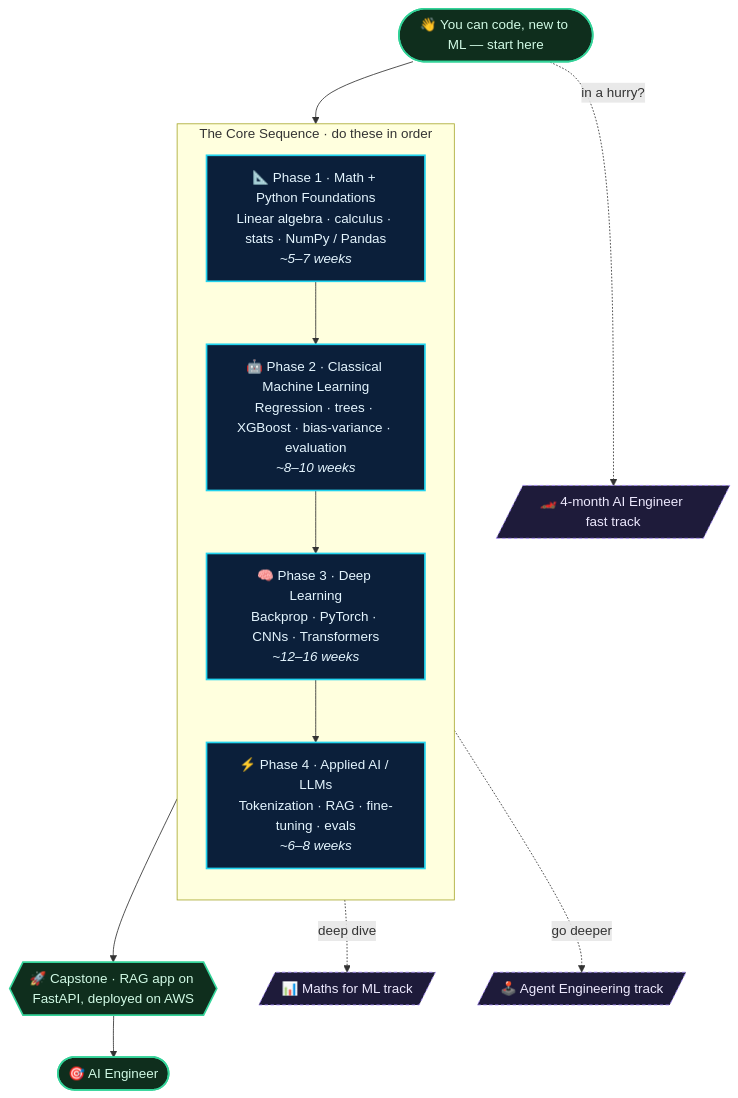
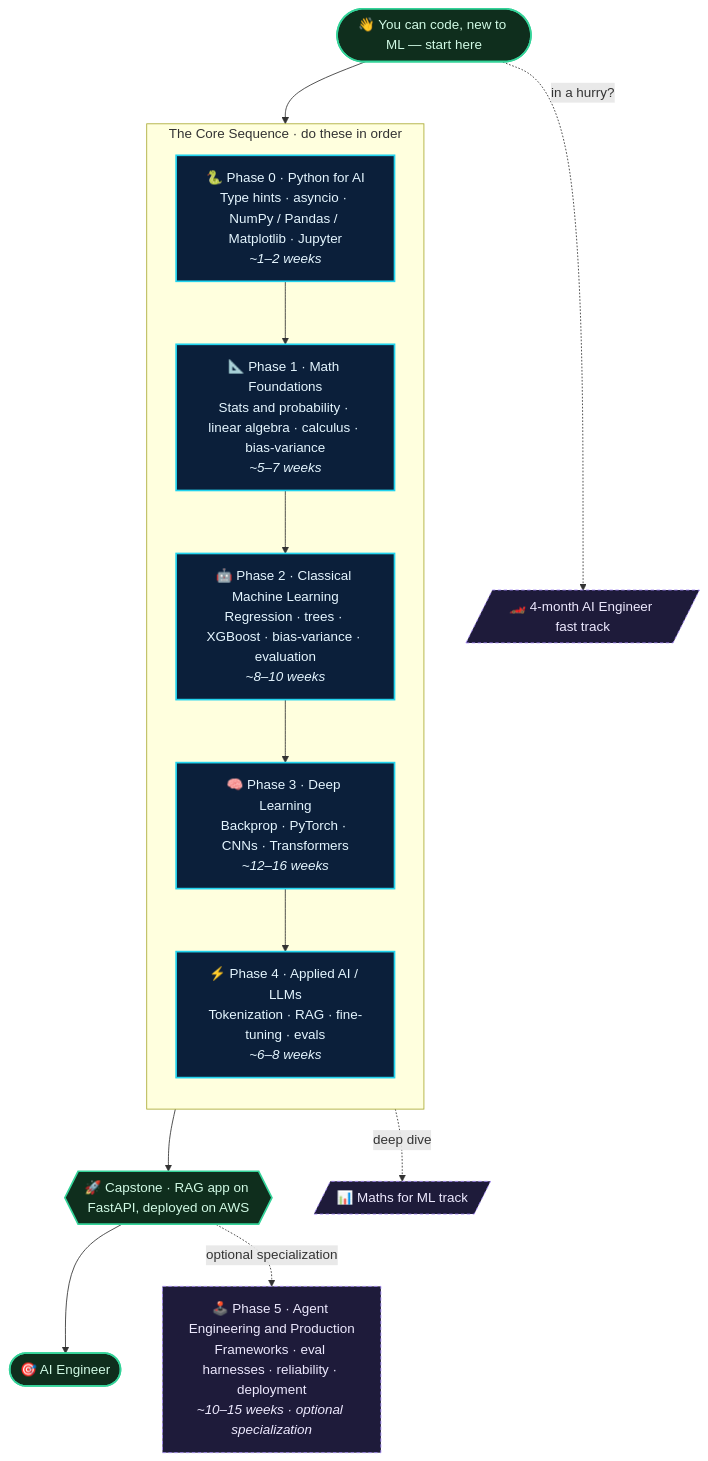
Before and after one commit to Pratham82/road-to-ai-engineer: the diagram in README.md, drawn with Mermaid. The commit also changed other lines of this file, not shown here.

Commit message:
Align root README phase numbering with 0-5 study tracker
Split "Math + Python" into Phase 0 (Python for AI) and Phase 1 (Math),
promote Agent Engineering to Phase 5 (optional specialization), and note
that the fast-track and agent roadmaps keep their own internal numbering.

Claude-Session: https://claude.ai/code/session_01A5brdVnAjEdNGZrCqE556X

````diff
--- a/README.md
+++ b/README.md
@@ -14,27 +15,30 @@
 ```mermaid
 flowchart TD
-    START(["👋 You can code, new to ML — start here"]) --> P1
+    START(["👋 You can code, new to ML — start here"]) --> P0
 
     subgraph CORE ["The Core Sequence · do these in order"]
         direction TB
-        P1["📐 Phase 1 · Math + Python Foundations<br/>Linear algebra · calculus · stats · NumPy / Pandas<br/><i>~5–7 weeks</i>"]
+        P0["🐍 Phase 0 · Python for AI<br/>Type hints · asyncio · NumPy / Pandas / Matplotlib · Jupyter<br/><i>~1–2 weeks</i>"]
+        P1["📐 Phase 1 · Math Foundations<br/>Stats and probability · linear algebra · calculus · bias-variance<br/><i>~5–7 weeks</i>"]
         P2["🤖 Phase 2 · Classical Machine Learning<br/>Regression · trees · XGBoost · bias-variance · evaluation<br/><i>~8–10 weeks</i>"]
         P3["🧠 Phase 3 · Deep Learning<br/>Backprop · PyTorch · CNNs · Transformers<br/><i>~12–16 weeks</i>"]
         P4["⚡ Phase 4 · Applied AI / LLMs<br/>Tokenization · RAG · fine-tuning · evals<br/><i>~6–8 weeks</i>"]
-        P1 --> P2 --> P3 --> P4
+        P0 --> P1 --> P2 --> P3 --> P4
     end
 
     P4 --> CAP{{"🚀 Capstone · RAG app on FastAPI, deployed on AWS"}}
     CAP --> HIRED(["🎯 AI Engineer"])
 
+    P5["🕹️ Phase 5 · Agent Engineering and Production<br/>Frameworks · eval harnesses · reliability · deployment<br/><i>~10–15 weeks · optional specialization</i>"]
+    CAP -. optional specialization .-> P5
+
     P1 -. deep dive .-> MFML[/"📊 Maths for ML track"/]
-    P4 -. go deeper .-> AGENTS[/"🕹️ Agent Engineering track"/]
     START -. in a hurry? .-> FAST[/"🏎️ 4-month AI Engineer fast track"/]
 
     classDef core fill:#0b1f3a,stroke:#22d3ee,stroke-width:2px,color:#e5f6ff;
     classDef track fill:#1e1b3a,stroke:#a78bfa,stroke-width:1px,color:#ede9fe,stroke-dasharray:4 3;
     classDef goal fill:#0f2e1d,stroke:#34d399,stroke-width:2px,color:#d1fae5;
-    class P1,P2,P3,P4 core;
-    class MFML,AGENTS,FAST track;
+    class P0,P1,P2,P3,P4 core;
+    class P5,MFML,FAST track;
     class START,HIRED,CAP goal;
 ```
````
